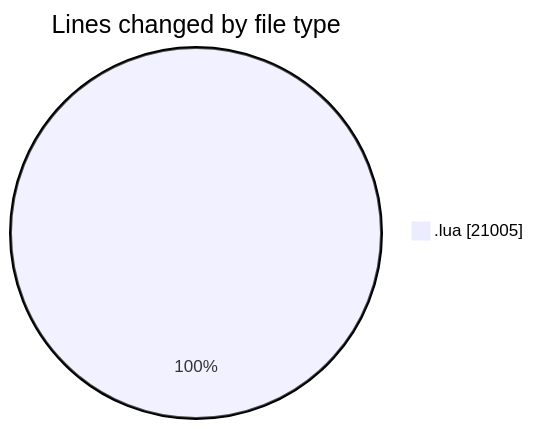
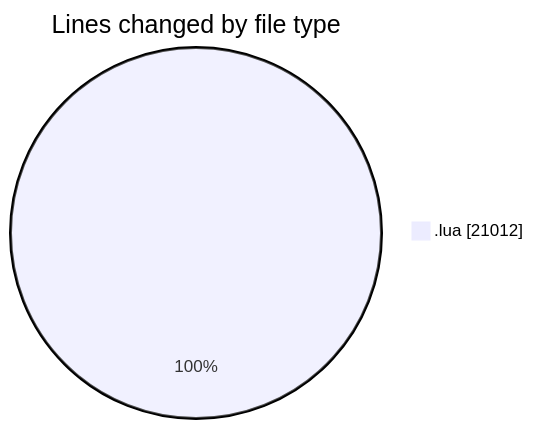
The first of 2 diagrams in 2025-01-02/mods/README.md (3Nya3/code-tracking), drawn with Mermaid before and after one commit. The commit also changed other lines of this file and 1 other file, not shown here.

````diff
--- a/2025-01-02/mods/README.md
+++ b/2025-01-02/mods/README.md
@@ -21,5 +21,5 @@
 ```mermaid
 pie showData
 title Lines changed by file type
-".lua" : 21005
+".lua" : 21012
 ```
````
